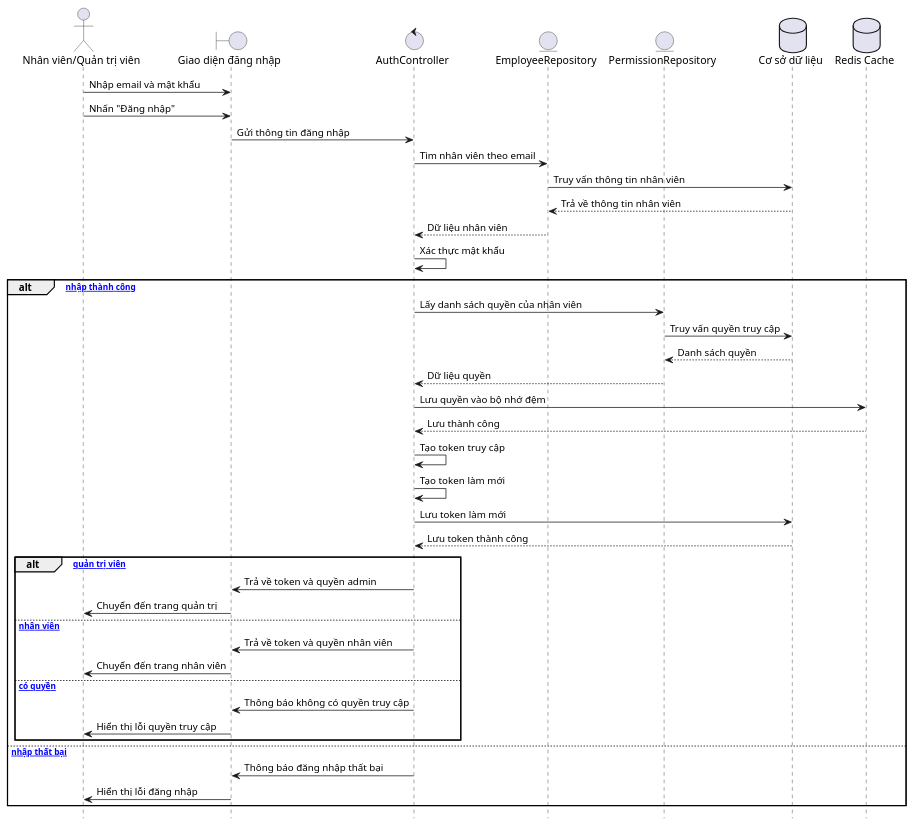
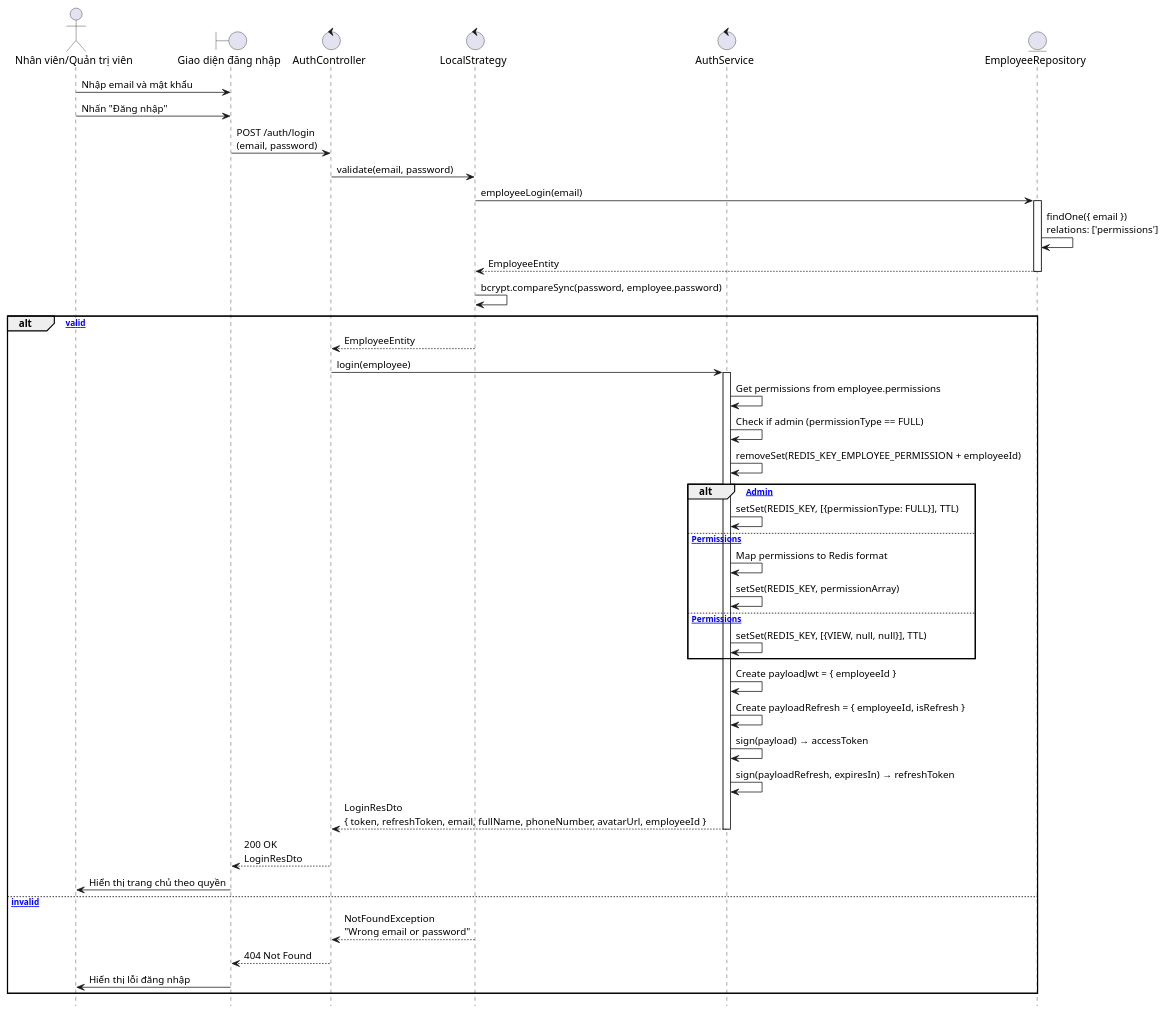
The diagram in sequence/UC-01/UC-01-simple-sequence.wsd (felix-253/TechLeet-server), drawn with PlantUML before and after one commit. The commit also changed 1 other file, not shown here.

```diff
--- a/sequence/UC-01/UC-01-simple-sequence.wsd
+++ b/sequence/UC-01/UC-01-simple-sequence.wsd
@@ -1,55 +1,62 @@
 @startuml UC-01: Đăng nhập hệ thống
 hide footbox
 skinparam ParticipantPadding 10
 skinparam BoxPadding 5
+
 actor "Nhân viên/Quản trị viên" as User
 boundary "Giao diện đăng nhập" as LoginUI
 control "AuthController" as AuthController
+control "LocalStrategy" as LocalStrategy
+control "AuthService" as AuthService
 entity "EmployeeRepository" as EmployeeRepo
-entity "PermissionRepository" as PermissionRepo
-database "Cơ sở dữ liệu" as Database
-database "Redis Cache" as Redis
 
 User -> LoginUI: Nhập email và mật khẩu
 User -> LoginUI: Nhấn "Đăng nhập"
 
-LoginUI -> AuthController: Gửi thông tin đăng nhập
+LoginUI -> AuthController: POST /auth/login\n(email, password)
 
-AuthController -> EmployeeRepo: Tìm nhân viên theo email
-EmployeeRepo -> Database: Truy vấn thông tin nhân viên
-Database --> EmployeeRepo: Trả về thông tin nhân viên
-EmployeeRepo --> AuthController: Dữ liệu nhân viên
+AuthController -> LocalStrategy: validate(email, password)
 
-AuthController -> AuthController: Xác thực mật khẩu
+LocalStrategy -> EmployeeRepo: employeeLogin(email)
+activate EmployeeRepo
+EmployeeRepo -> EmployeeRepo: findOne({ email })\nrelations: ['permissions']
+EmployeeRepo --> LocalStrategy: EmployeeEntity
+deactivate EmployeeRepo
 
-alt [Đăng nhập thành công]
-    AuthController -> PermissionRepo: Lấy danh sách quyền của nhân viên
-    PermissionRepo -> Database: Truy vấn quyền truy cập
-    Database --> PermissionRepo: Danh sách quyền
-    PermissionRepo --> AuthController: Dữ liệu quyền
+LocalStrategy -> LocalStrategy: bcrypt.compareSync(password, employee.password)
+
+alt [Password valid]
+    LocalStrategy --> AuthController: EmployeeEntity
+    AuthController -> AuthService: login(employee)
+    activate AuthService
     
-    AuthController -> Redis: Lưu quyền vào bộ nhớ đệm
-    Redis --> AuthController: Lưu thành công
+    AuthService -> AuthService: Get permissions from employee.permissions
+    AuthService -> AuthService: Check if admin (permissionType == FULL)
+    AuthService -> AuthService: removeSet(REDIS_KEY_EMPLOYEE_PERMISSION + employeeId)
     
-    AuthController -> AuthController: Tạo token truy cập
-    AuthController -> AuthController: Tạo token làm mới
+    alt [Is Admin]
+        AuthService -> AuthService: setSet(REDIS_KEY, [{permissionType: FULL}], TTL)
+    else [Has Permissions]
+        AuthService -> AuthService: Map permissions to Redis format
+        AuthService -> AuthService: setSet(REDIS_KEY, permissionArray)
+    else [No Permissions]
+        AuthService -> AuthService: setSet(REDIS_KEY, [{VIEW, null, null}], TTL)
+    end
     
-    AuthController -> Database: Lưu token làm mới
-    Database --> AuthController: Lưu token thành công
+    AuthService -> AuthService: Create payloadJwt = { employeeId }
+    AuthService -> AuthService: Create payloadRefresh = { employeeId, isRefresh }
+    AuthService -> AuthService: sign(payload) → accessToken
+    AuthService -> AuthService: sign(payloadRefresh, expiresIn) → refreshToken
     
-    alt [Quyền quản trị viên]
-        AuthController -> LoginUI: Trả về token và quyền admin
-        LoginUI -> User: Chuyển đến trang quản trị
-    else [Quyền nhân viên]
-        AuthController -> LoginUI: Trả về token và quyền nhân viên
-        LoginUI -> User: Chuyển đến trang nhân viên
-    else [Không có quyền]
-        AuthController -> LoginUI: Thông báo không có quyền truy cập
-        LoginUI -> User: Hiển thị lỗi quyền truy cập
-    end
-else [Đăng nhập thất bại]
-    AuthController -> LoginUI: Thông báo đăng nhập thất bại
+    AuthService --> AuthController: LoginResDto\n{ token, refreshToken, email, fullName, phoneNumber, avatarUrl, employeeId }
+    deactivate AuthService
+    
+    AuthController --> LoginUI: 200 OK\nLoginResDto
+    LoginUI -> User: Hiển thị trang chủ theo quyền
+else [Password invalid]
+    LocalStrategy --> AuthController: NotFoundException\n"Wrong email or password"
+    AuthController --> LoginUI: 404 Not Found
     LoginUI -> User: Hiển thị lỗi đăng nhập
 end
 
 @enduml
```
